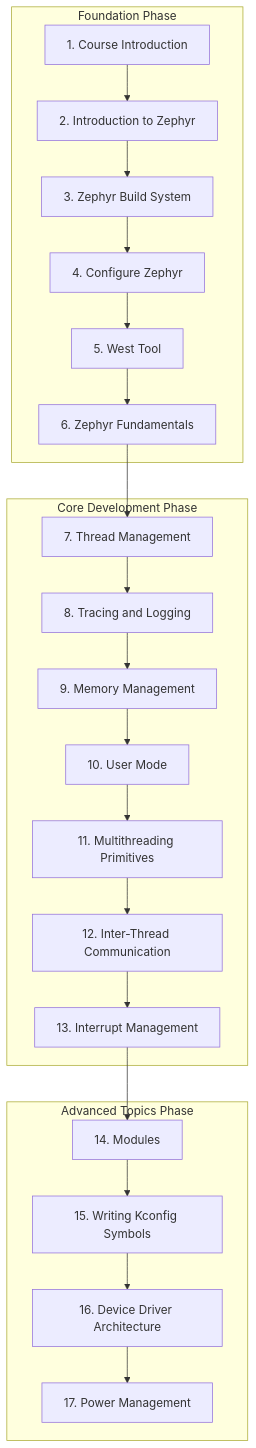
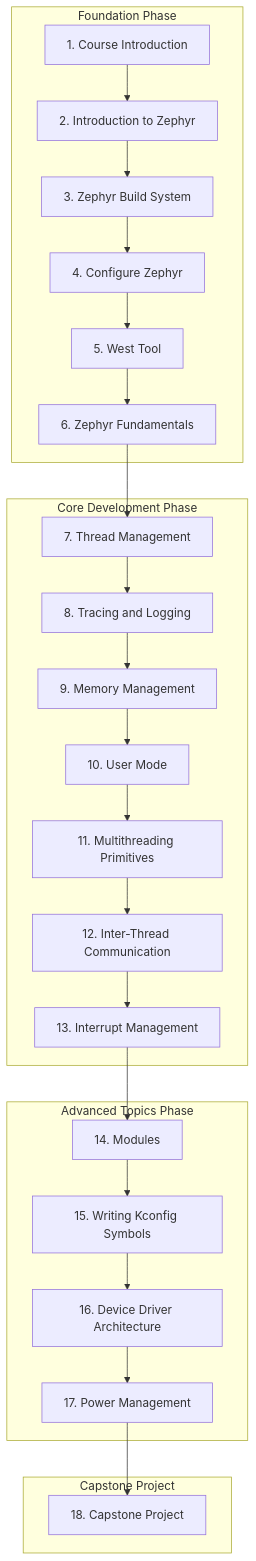
One commit to tinegachris/course_zephyr_rtos_rpi_4b changed the diagram in docs/chapter_01_course_introduction/README.md. Above: the diagram before and after it, drawn with Mermaid. The commit also changed 2 other files, not shown here.

Commit message:
Update .gitignore and mkdocs configuration for improved navigation and file management

````diff
--- a/docs/chapter_01_course_introduction/README.md
+++ b/docs/chapter_01_course_introduction/README.md
@@ -112,27 +112,31 @@
 ```mermaid
 graph TD
     subgraph "Foundation Phase"
         A[1. Course Introduction] --> B[2. Introduction to Zephyr]
         B --> C[3. Zephyr Build System]
         C --> D[4. Configure Zephyr]
         D --> E[5. West Tool]
         E --> F[6. Zephyr Fundamentals]
     end
 
     subgraph "Core Development Phase"
         F --> G[7. Thread Management]
         G --> H[8. Tracing and Logging]
         H --> I[9. Memory Management]
         I --> J[10. User Mode]
         J --> K[11. Multithreading Primitives]
         K --> L[12. Inter-Thread Communication]
         L --> M[13. Interrupt Management]
     end
 
     subgraph "Advanced Topics Phase"
         M --> N[14. Modules]
         N --> O[15. Writing Kconfig Symbols]
         O --> P[16. Device Driver Architecture]
         P --> Q[17. Power Management]
     end
+
+    subgraph "Capstone Project"
+        Q --> R[18. Capstone Project]
+    end
 ```
````
